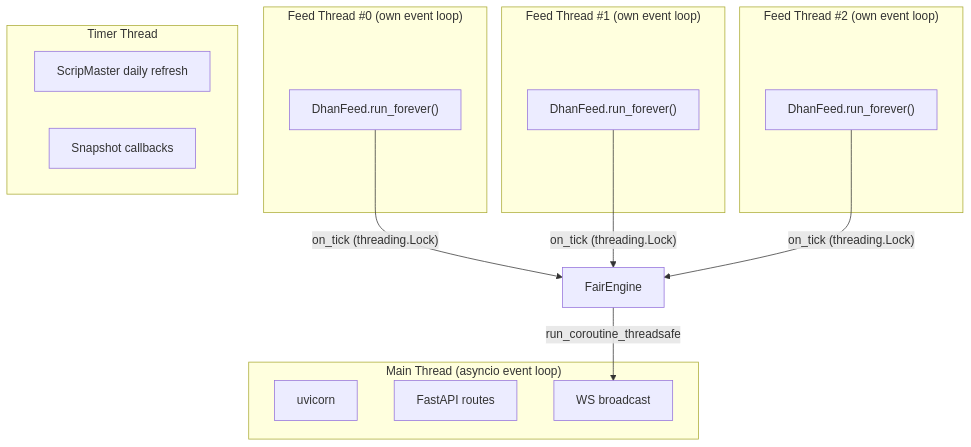
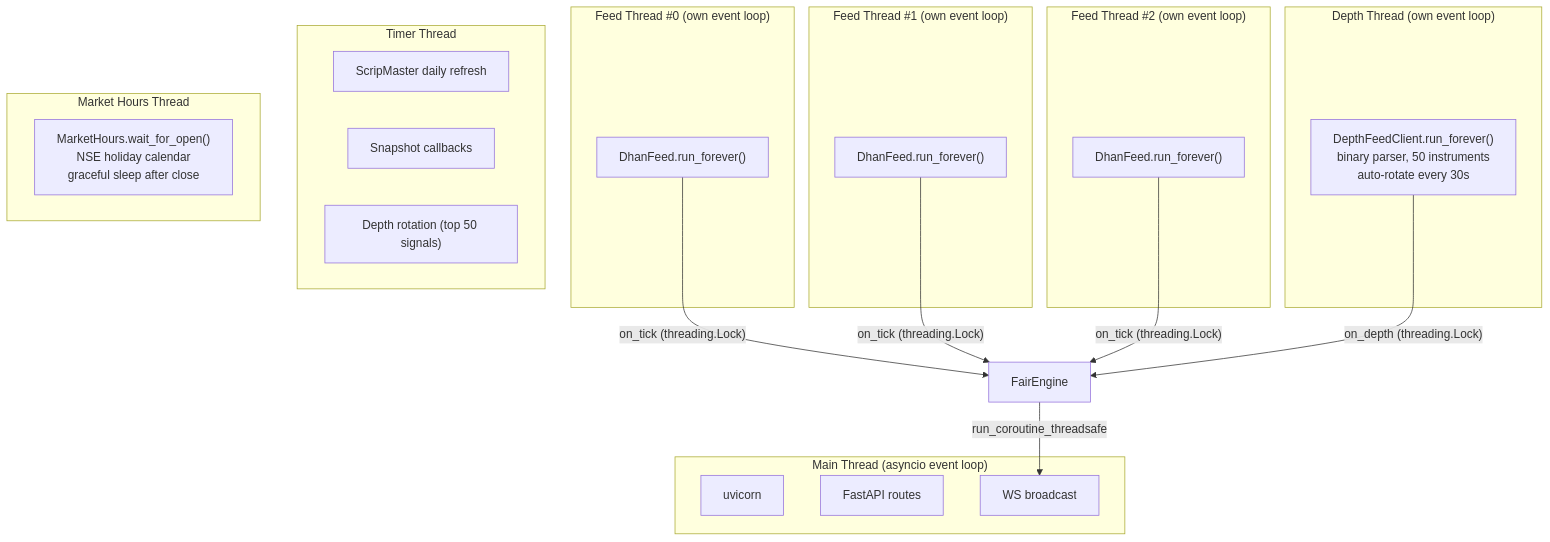
Before and after one commit to vakharwalad23/fair-value-engine: the third of 7 diagrams in docs/architecture.md, drawn with Mermaid. The commit also changed other lines of this file and 3 other files, not shown here.

Commit message:
docs: update all docs for liquidity, depth, option chain, market hours features

````diff
--- a/docs/architecture.md
+++ b/docs/architecture.md
@@ -65,30 +84,40 @@
 ```mermaid
 graph TB
     subgraph MainThread["Main Thread (asyncio event loop)"]
         Uvicorn["uvicorn"]
         FastAPI["FastAPI routes"]
         WsBroadcast["WS broadcast"]
     end
 
     subgraph FeedThread0["Feed Thread #0 (own event loop)"]
         DF0["DhanFeed.run_forever()"]
     end
 
     subgraph FeedThread1["Feed Thread #1 (own event loop)"]
         DF1["DhanFeed.run_forever()"]
     end
 
     subgraph FeedThread2["Feed Thread #2 (own event loop)"]
         DF2["DhanFeed.run_forever()"]
     end
 
+    subgraph DepthThread["Depth Thread (own event loop)"]
+        DD0["DepthFeedClient.run_forever()<br/>binary parser, 50 instruments<br/>auto-rotate every 30s"]
+    end
+
     subgraph TimerThread["Timer Thread"]
         Refresh["ScripMaster daily refresh"]
         Snapshot["Snapshot callbacks"]
+        DepthRotate["Depth rotation (top 50 signals)"]
+    end
+
+    subgraph MarketHoursThread["Market Hours Thread"]
+        MH["MarketHours.wait_for_open()<br/>NSE holiday calendar<br/>graceful sleep after close"]
     end
 
     DF0 -->|"on_tick (threading.Lock)"| Engine["FairEngine"]
     DF1 -->|"on_tick (threading.Lock)"| Engine
     DF2 -->|"on_tick (threading.Lock)"| Engine
+    DD0 -->|"on_depth (threading.Lock)"| Engine
     Engine -->|"run_coroutine_threadsafe"| WsBroadcast
 ```
````
